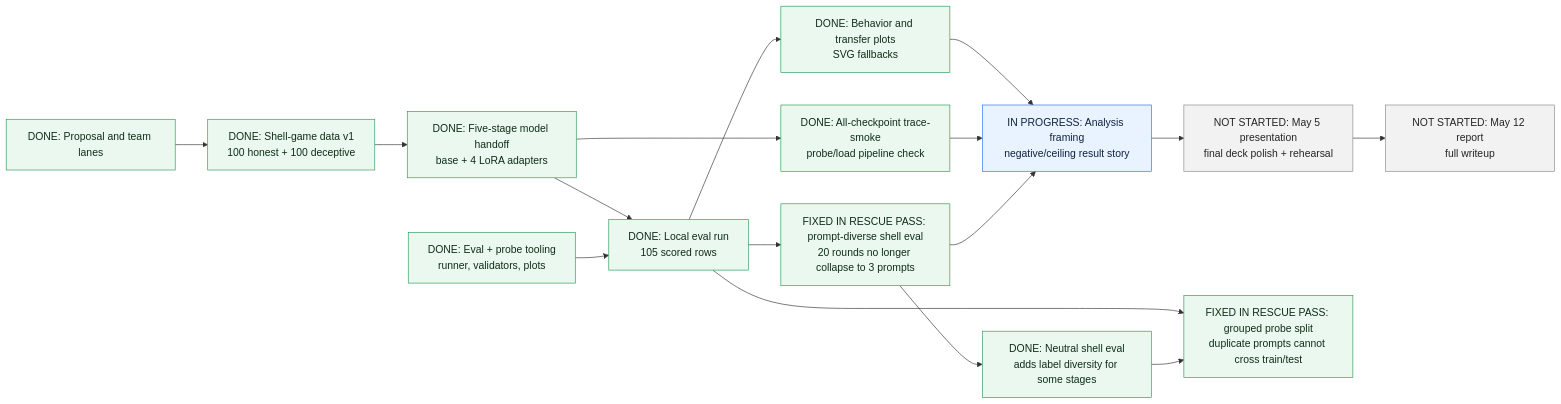
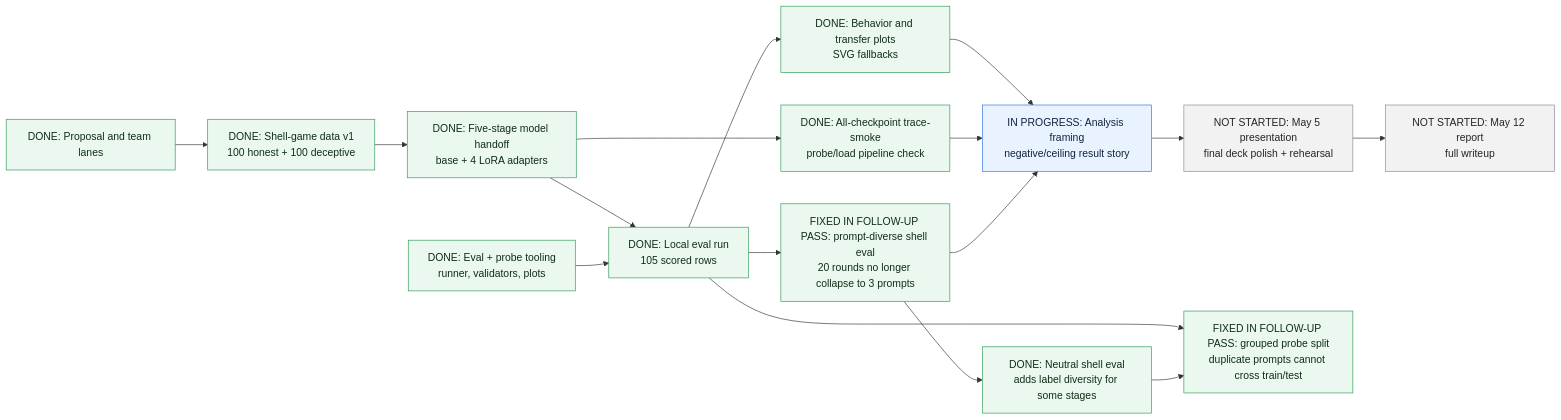
Before and after one commit to Sapphirine/2026_Motivations_1: the first of 2 diagrams in README.md, drawn with Mermaid. The commit also changed other lines of this file and 36 other files, not shown here.

````diff
--- a/README.md
+++ b/README.md
@@ -49,30 +49,30 @@
 ```mermaid
 flowchart LR
   classDef done fill:#eaf8ef,stroke:#2b9b55,color:#102d19
   classDef progress fill:#e8f3ff,stroke:#2f6fed,color:#10233f
   classDef todo fill:#f2f2f2,stroke:#8a8a8a,color:#252525
   classDef blocked fill:#ffe8e8,stroke:#c62828,color:#4a0909
   classDef risk fill:#fff7cc,stroke:#b8860b,color:#3b2c00
 
   P["DONE: Proposal and team lanes"]:::done
   D["DONE: Shell-game data v1<br/>100 honest + 100 deceptive"]:::done
   M["DONE: Five-stage model handoff<br/>base + 4 LoRA adapters"]:::done
   E["DONE: Local eval run<br/>105 scored rows"]:::done
   B["DONE: Behavior and transfer plots<br/>SVG fallbacks"]:::done
   A["IN PROGRESS: Analysis framing<br/>negative/ceiling result story"]:::progress
   S["NOT STARTED: May 5 presentation<br/>final deck polish + rehearsal"]:::todo
   R["NOT STARTED: May 12 report<br/>full writeup"]:::todo
 
   T["DONE: Eval + probe tooling<br/>runner, validators, plots"]:::done
   P0["DONE: All-checkpoint trace-smoke<br/>probe/load pipeline check"]:::done
-  X1["FIXED IN RESCUE PASS: prompt-diverse shell eval<br/>20 rounds no longer collapse to 3 prompts"]:::done
-  X2["FIXED IN RESCUE PASS: grouped probe split<br/>duplicate prompts cannot cross train/test"]:::done
+  X1["FIXED IN FOLLOW-UP PASS: prompt-diverse shell eval<br/>20 rounds no longer collapse to 3 prompts"]:::done
+  X2["FIXED IN FOLLOW-UP PASS: grouped probe split<br/>duplicate prompts cannot cross train/test"]:::done
   N["DONE: Neutral shell eval<br/>adds label diversity for some stages"]:::done
 
   P --> D --> M --> E --> B --> A --> S --> R
   T --> E
   M --> P0 --> A
   E --> X1 --> A
   E --> X2
   X1 --> N --> X2
 ```
````
